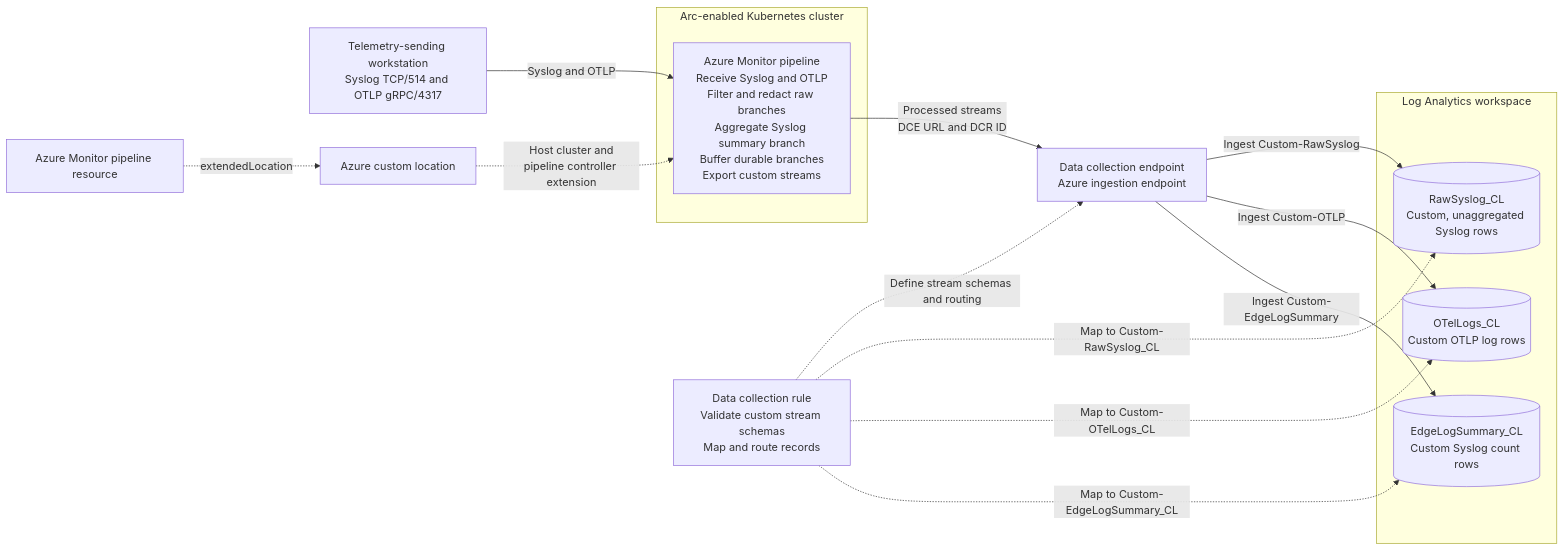
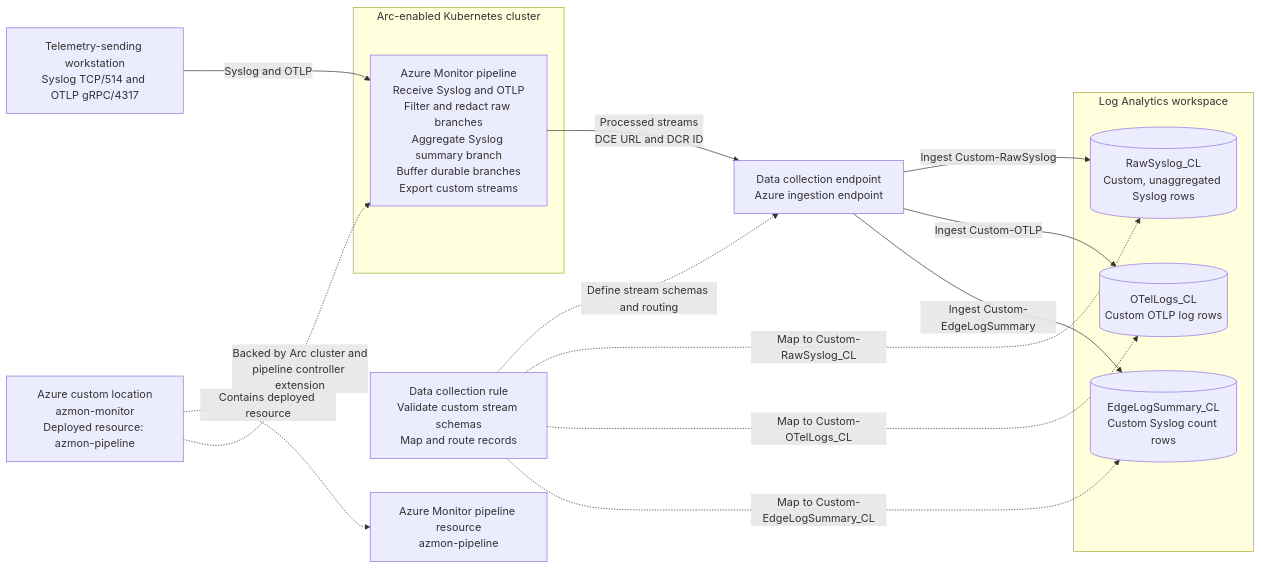
The diagram in docs/demo-guide.md (kasimrehman/azmon-pipeline-demo), drawn with Mermaid before and after one commit. The commit also changed other lines of this file, not shown here.

````diff
--- a/docs/demo-guide.md
+++ b/docs/demo-guide.md
@@ -28,32 +28,32 @@
 ```mermaid
 flowchart LR
    workstation[Telemetry-sending workstation<br/>Syslog TCP/514 and OTLP gRPC/4317]
 
-   pipelineResource[Azure Monitor pipeline resource]
-   customLocation[Azure custom location]
+   pipelineResource[Azure Monitor pipeline resource<br/>azmon-pipeline]
+   customLocation[Azure custom location<br/>azmon-monitor<br/>Deployed resource: azmon-pipeline]
 
    subgraph cluster[Arc-enabled Kubernetes cluster]
       pipeline[Azure Monitor pipeline<br/>Receive Syslog and OTLP<br/>Filter and redact raw branches<br/>Aggregate Syslog summary branch<br/>Buffer durable branches<br/>Export custom streams]
    end
 
    dce[Data collection endpoint<br/>Azure ingestion endpoint]
    dcr[Data collection rule<br/>Validate custom stream schemas<br/>Map and route records]
 
    subgraph law[Log Analytics workspace]
       raw[(RawSyslog_CL<br/>Custom, unaggregated Syslog rows)]
       otlp[(OTelLogs_CL<br/>Custom OTLP log rows)]
       summary[(EdgeLogSummary_CL<br/>Custom Syslog count rows)]
    end
 
    workstation -->|Syslog and OTLP| pipeline
    pipeline -->|Processed streams<br/>DCE URL and DCR ID| dce
-   pipelineResource -.->|extendedLocation| customLocation
-   customLocation -.->|Host cluster and<br/>pipeline controller extension| pipeline
+   customLocation -.->|Contains deployed resource| pipelineResource
+   customLocation -.->|Backed by Arc cluster and<br/>pipeline controller extension| pipeline
    dce -->|Ingest Custom-RawSyslog| raw
    dce -->|Ingest Custom-OTLP| otlp
    dce -->|Ingest Custom-EdgeLogSummary| summary
    dcr -.->|Define stream schemas and routing| dce
    dcr -.->|Map to Custom-RawSyslog_CL| raw
    dcr -.->|Map to Custom-OTelLogs_CL| otlp
    dcr -.->|Map to Custom-EdgeLogSummary_CL| summary
 ```
````
